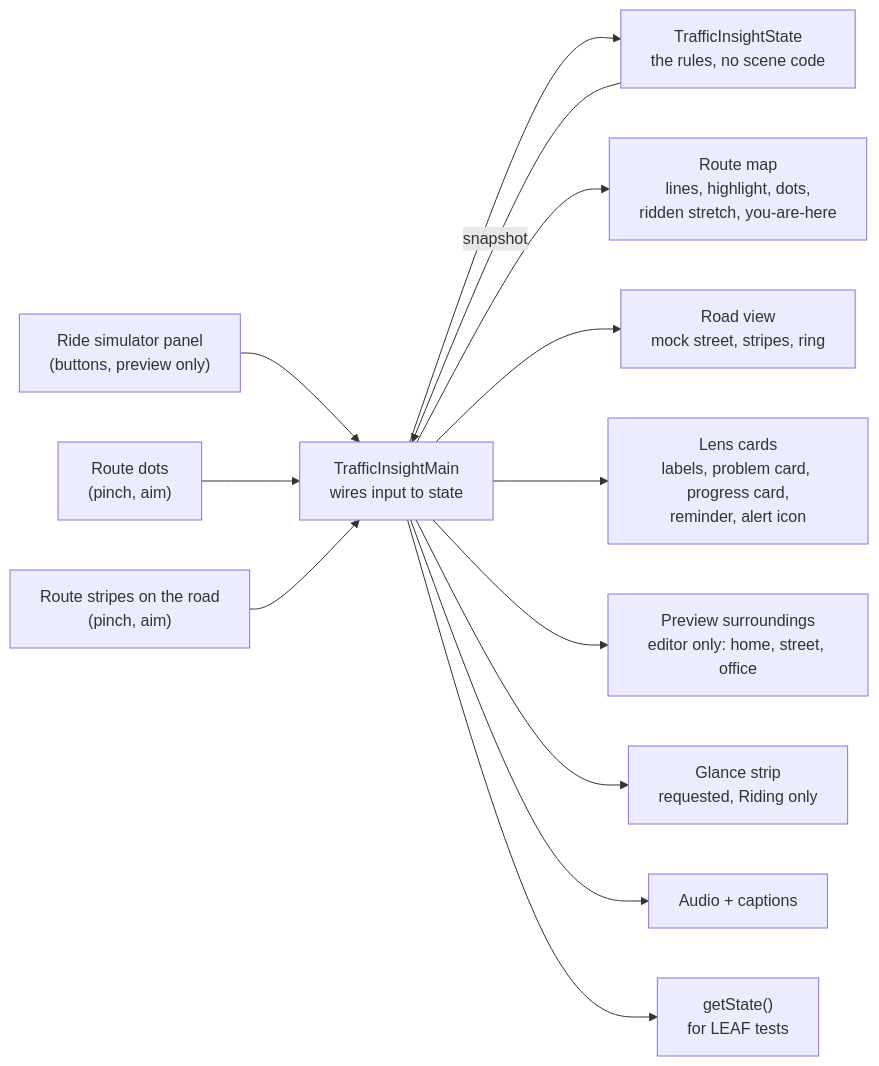
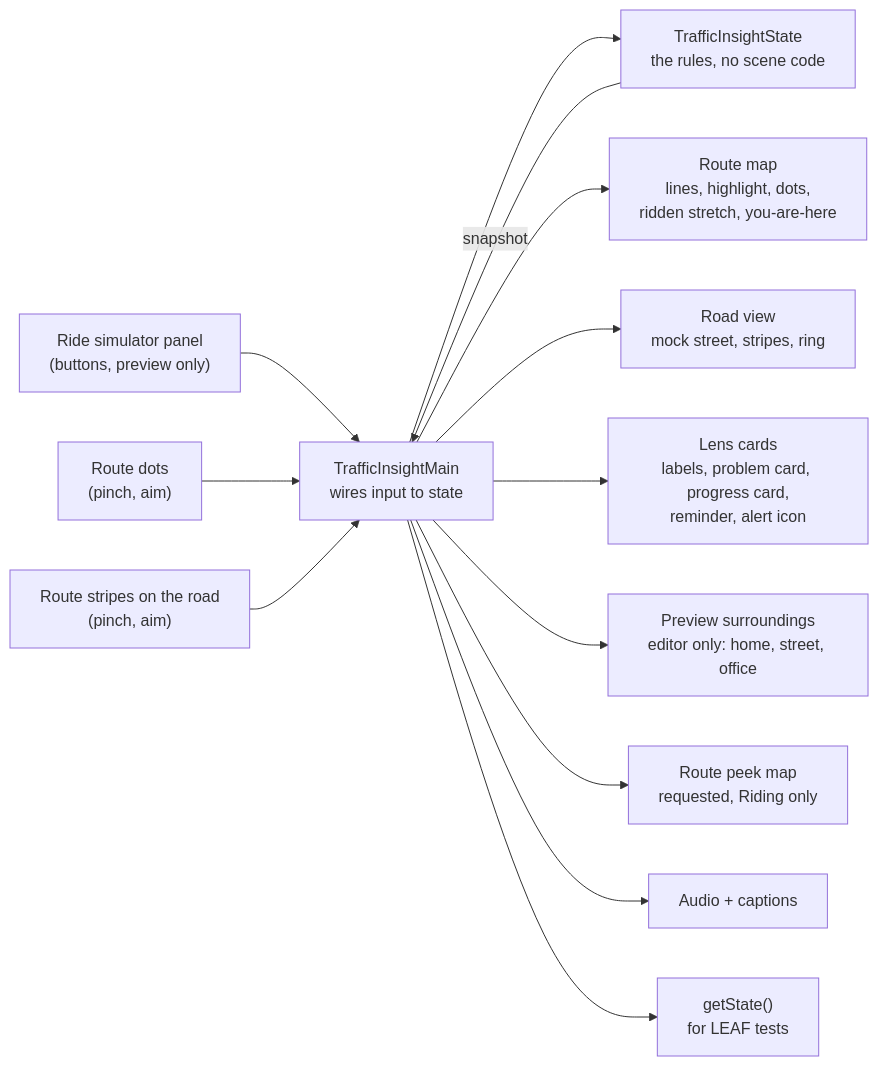
Before and after one commit to ridhofrd/SPECS-AR-TrafficInsight: the third of 3 diagrams in README.md, drawn with Mermaid. The commit also changed other lines of this file and 3 other files, not shown here.

Commit message:
docs: align the route peek design and validation

````diff
--- a/README.md
+++ b/README.md
@@ -197,15 +203,15 @@
 ```mermaid
 flowchart LR
     SIM["Ride simulator panel\n(buttons, preview only)"] --> MAIN
     DOTS["Route dots\n(pinch, aim)"] --> MAIN
     LINES["Route stripes on the road\n(pinch, aim)"] --> MAIN
     MAIN["TrafficInsightMain\nwires input to state"] --> STATE["TrafficInsightState\nthe rules, no scene code"]
     STATE -->|snapshot| MAIN
     MAIN --> MAP["Route map\nlines, highlight, dots,\nridden stretch, you-are-here"]
     MAIN --> ROAD["Road view\nmock street, stripes, ring"]
     MAIN --> CARDS["Lens cards\nlabels, problem card, progress card,\nreminder, alert icon"]
     MAIN --> CONTEXT["Preview surroundings\neditor only: home, street, office"]
-    MAIN --> GLANCE["Glance strip\nrequested, Riding only"]
+    MAIN --> GLANCE["Route peek map\nrequested, Riding only"]
     MAIN --> AUDIO["Audio + captions"]
     MAIN --> LEAF["getState()\nfor LEAF tests"]
 ```
````
